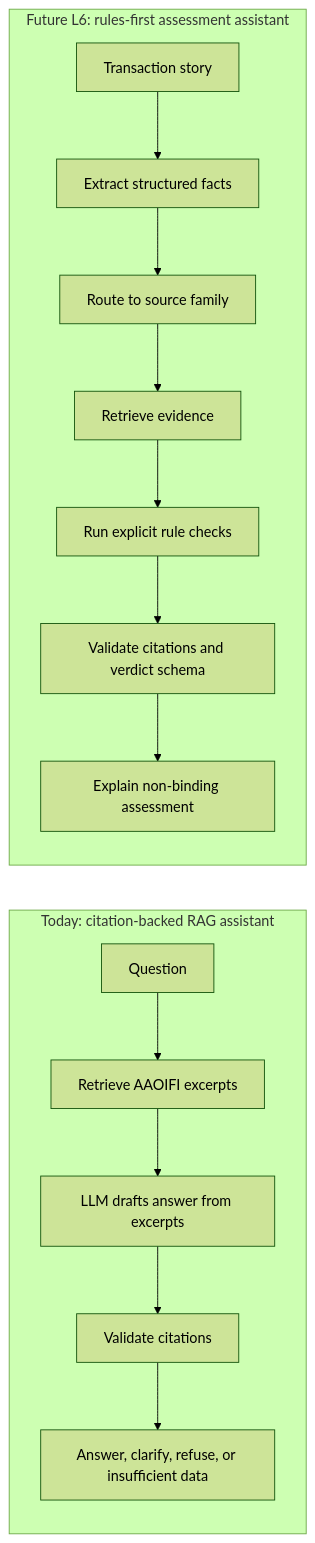
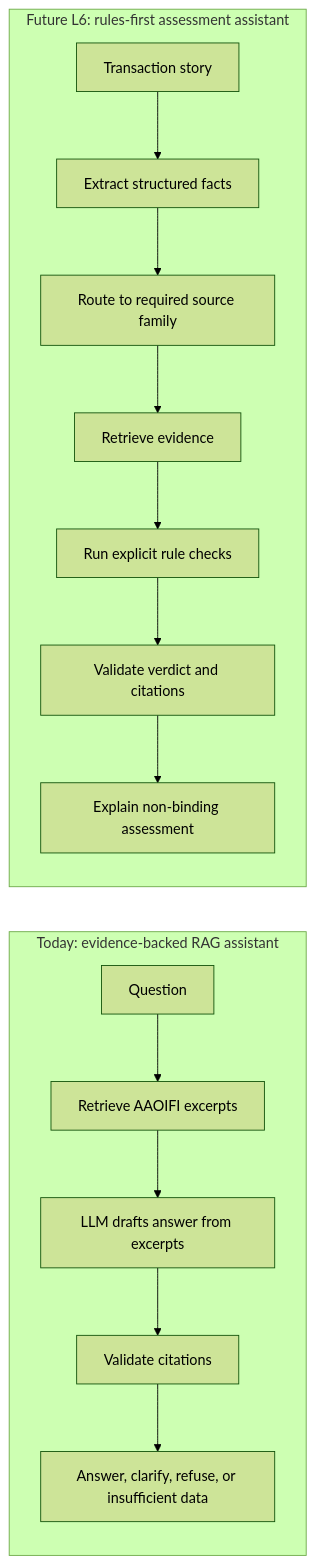
One commit to AhmedTElKodsh/Mushir-Sharia-Bot changed diagram 15 of 19 in docs/client-plain-language-logic.md. Above: the diagram before and after it, drawn with Mermaid (forest theme). The commit also changed other lines of this file, not shown here.

````diff
--- a/docs/client-plain-language-logic.md
+++ b/docs/client-plain-language-logic.md
@@ -278,18 +647,18 @@
 ```mermaid
 flowchart LR
-    subgraph Today["Today: citation-backed RAG assistant"]
+    subgraph Today["Today: evidence-backed RAG assistant"]
         T1["Question"] --> T2["Retrieve AAOIFI excerpts"]
         T2 --> T3["LLM drafts answer from excerpts"]
         T3 --> T4["Validate citations"]
         T4 --> T5["Answer, clarify, refuse, or insufficient data"]
     end
 
     subgraph Future["Future L6: rules-first assessment assistant"]
         F1["Transaction story"] --> F2["Extract structured facts"]
-        F2 --> F3["Route to source family"]
+        F2 --> F3["Route to required source family"]
         F3 --> F4["Retrieve evidence"]
         F4 --> F5["Run explicit rule checks"]
-        F5 --> F6["Validate citations and verdict schema"]
+        F5 --> F6["Validate verdict and citations"]
         F6 --> F7["Explain non-binding assessment"]
     end
 ```
````
